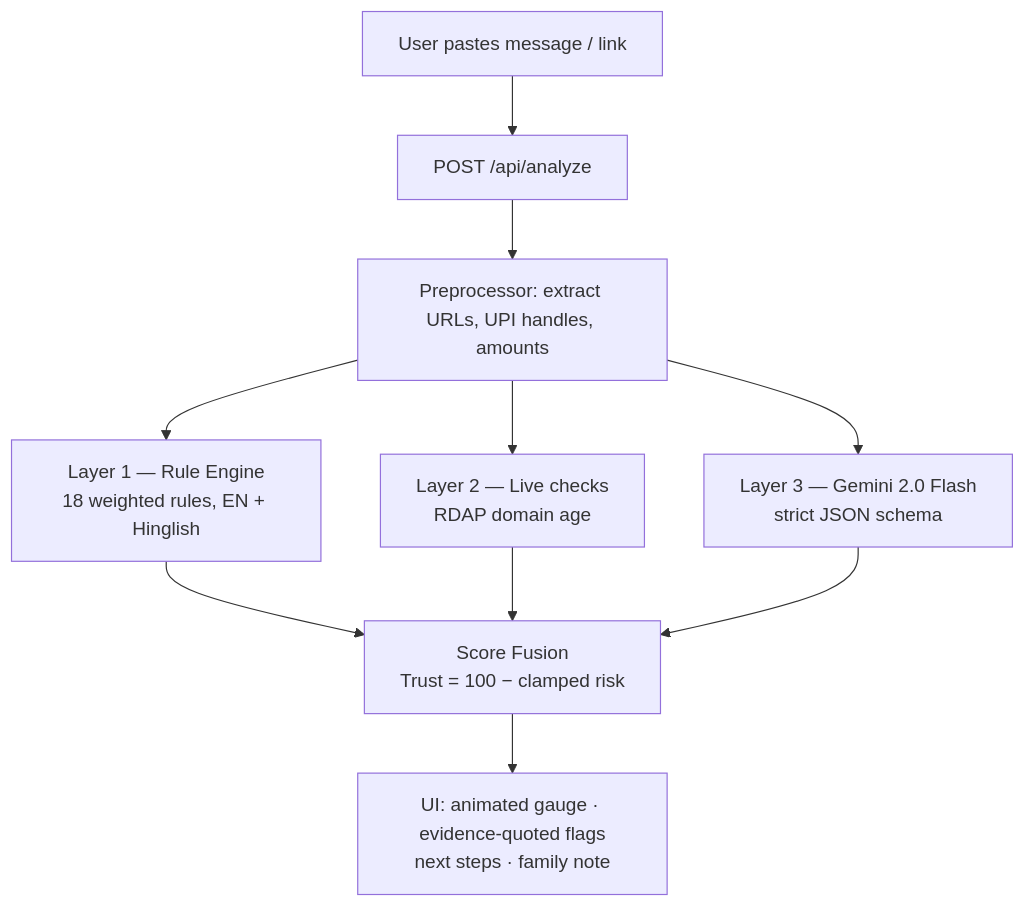
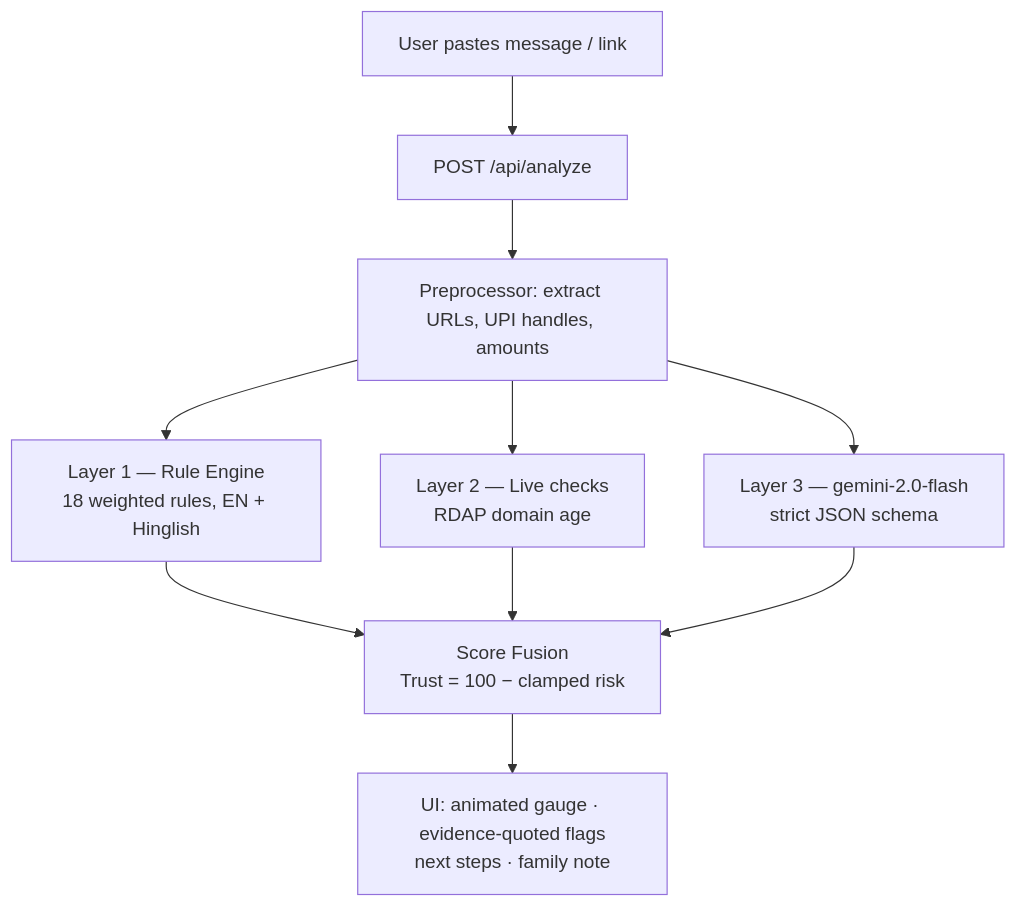
One commit to Himanshu-GenAI/Hackday-1.0 changed the diagram in README.md. Above: the diagram before and after it, drawn with Mermaid. The commit also changed other lines of this file and 1 other file, not shown here.

````diff
--- a/README.md
+++ b/README.md
@@ -146,12 +155,12 @@
 ```mermaid
 flowchart TD
     A[User pastes message / link] --> B["POST /api/analyze"]
     B --> C[Preprocessor: extract URLs, UPI handles, amounts]
     C --> D["Layer 1 — Rule Engine\n18 weighted rules, EN + Hinglish"]
     C --> E["Layer 2 — Live checks\nRDAP domain age"]
-    C --> F["Layer 3 — Gemini 2.0 Flash\nstrict JSON schema"]
+    C --> F["Layer 3 — gemini-2.0-flash\nstrict JSON schema"]
     D --> G["Score Fusion\nTrust = 100 − clamped risk"]
     E --> G
     F --> G
     G --> H["UI: animated gauge · evidence-quoted flags\nnext steps · family note"]
 ```
````
